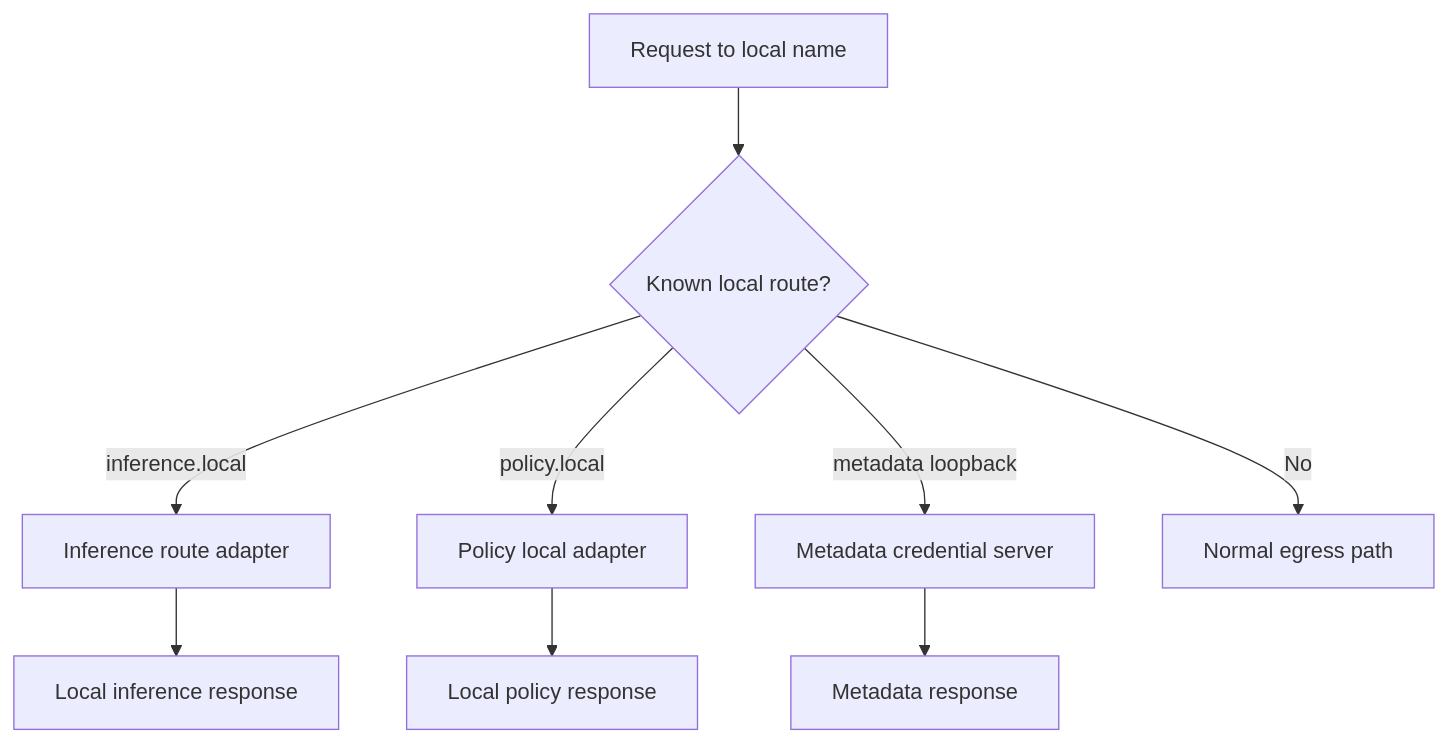
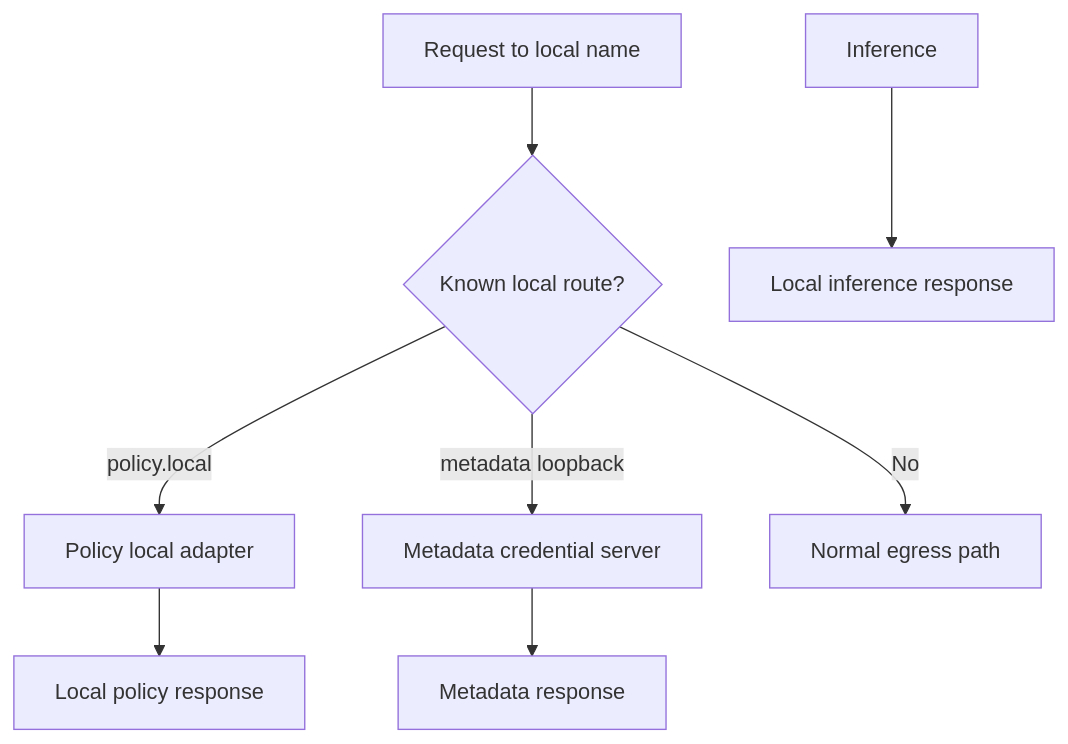
The fourth of 6 diagrams in rfc/0005-sandbox-proxy-egress-adapter/current-shape.md (lightforgedev/OpenShell), drawn with Mermaid before and after one commit. The commit also changed other lines of this file and 13 other files, not shown here.

````diff
--- a/rfc/0005-sandbox-proxy-egress-adapter/current-shape.md
+++ b/rfc/0005-sandbox-proxy-egress-adapter/current-shape.md
@@ -123,11 +122,10 @@
 ```mermaid
 flowchart TD
     Request["Request to local name"] --> Match{"Known local route?"}
-    Match -- "inference.local" --> Inference["Inference route adapter"]
     Match -- "policy.local" --> Policy["Policy local adapter"]
     Match -- "metadata loopback" --> Metadata["Metadata credential server"]
     Match -- No --> External["Normal egress path"]
     Inference --> InferenceResp["Local inference response"]
     Policy --> PolicyResp["Local policy response"]
     Metadata --> MetadataResp["Metadata response"]
 ```
````
